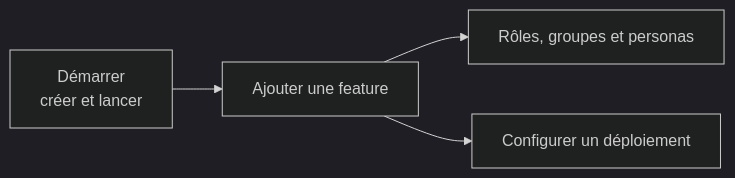
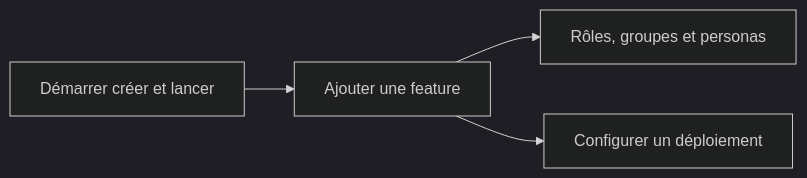
The diagram in docs/wiki/Guides.md (FlorianDrevet/template-CQRS), drawn with Mermaid (dark theme) before and after one commit. The commit also changed 16 other files, not shown here.

Commit message:
docs: fix reference review findings and strip HTML from wiki mermaid labels

````diff
--- a/docs/wiki/Guides.md
+++ b/docs/wiki/Guides.md
@@ -15,6 +15,6 @@
 ```mermaid
 graph LR
-    A[Démarrer<br/>créer et lancer] --> B[Ajouter une feature]
+    A[Démarrer créer et lancer] --> B[Ajouter une feature]
     B --> C[Rôles, groupes et personas]
     B --> D[Configurer un déploiement]
 ```
````
